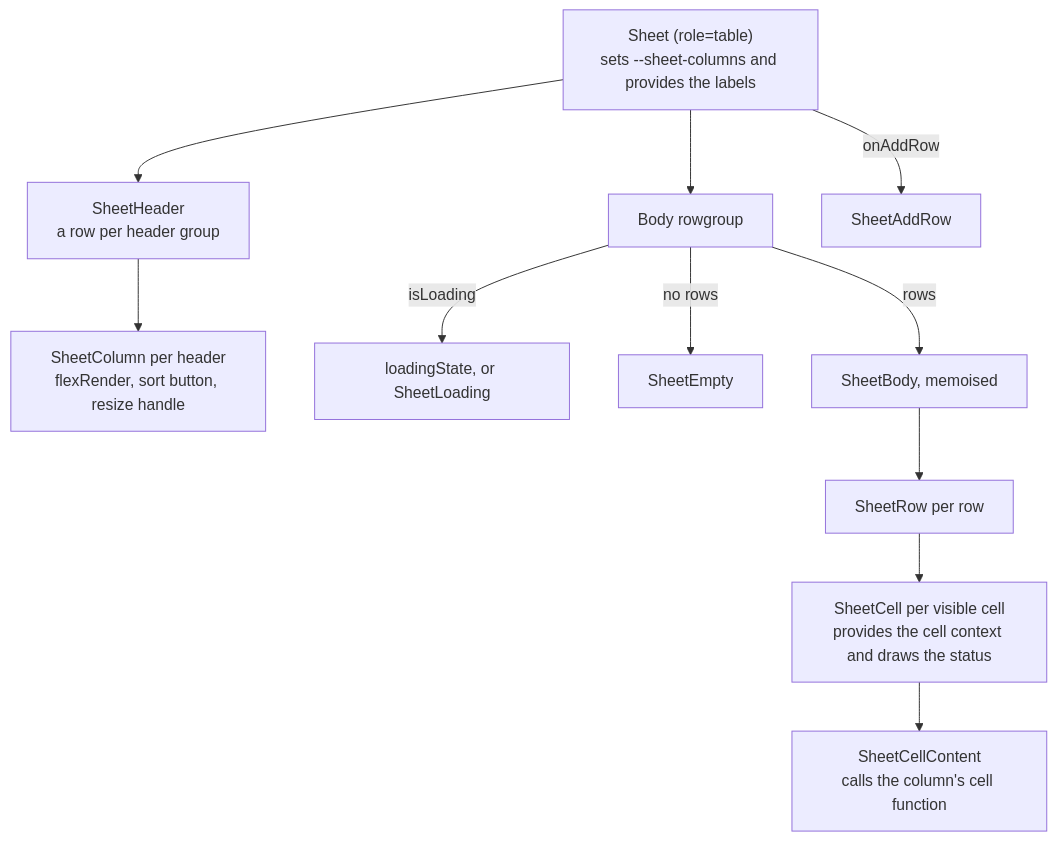
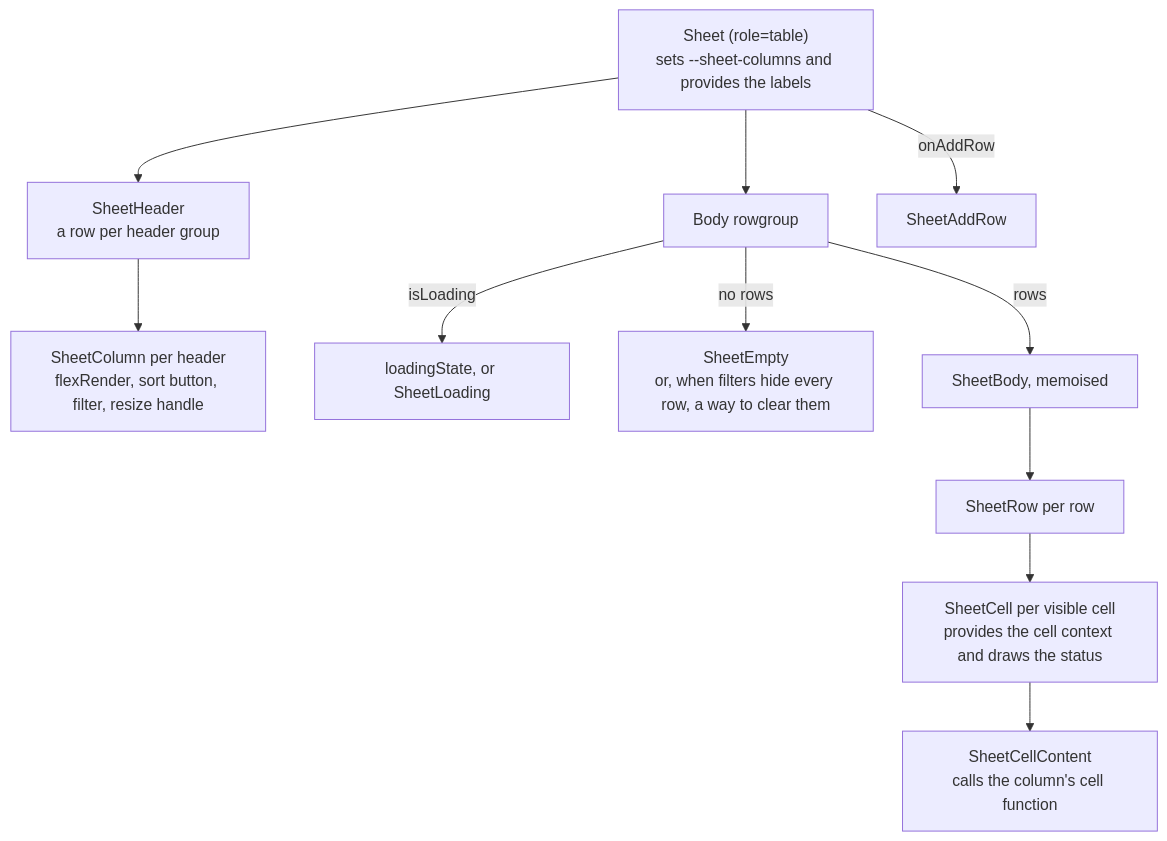
One commit to codemancers/sheets changed the first of 2 diagrams in docs/architecture.md. Above: the diagram before and after it, drawn with Mermaid. The commit also changed other lines of this file and 2 other files, not shown here.

Commit message:
docs: document column filters

````diff
--- a/docs/architecture.md
+++ b/docs/architecture.md
@@ -55,14 +55,14 @@
 ```mermaid
 flowchart TD
   Sheet["Sheet (role=table)<br/>sets --sheet-columns and provides the labels"]
   Sheet --> Header["SheetHeader<br/>a row per header group"]
-  Header --> Column["SheetColumn per header<br/>flexRender, sort button, resize handle"]
+  Header --> Column["SheetColumn per header<br/>flexRender, sort button, filter, resize handle"]
   Sheet --> Body["Body rowgroup"]
   Body -->|isLoading| Loading["loadingState, or SheetLoading"]
-  Body -->|no rows| Empty["SheetEmpty"]
+  Body -->|no rows| Empty["SheetEmpty<br/>or, when filters hide every row, a way to clear them"]
   Body -->|rows| Rows["SheetBody, memoised"]
   Rows --> Row["SheetRow per row"]
   Row --> Cell["SheetCell per visible cell<br/>provides the cell context and draws the status"]
   Cell --> Content["SheetCellContent<br/>calls the column's cell function"]
   Sheet -->|onAddRow| AddRow["SheetAddRow"]
 ```
````
